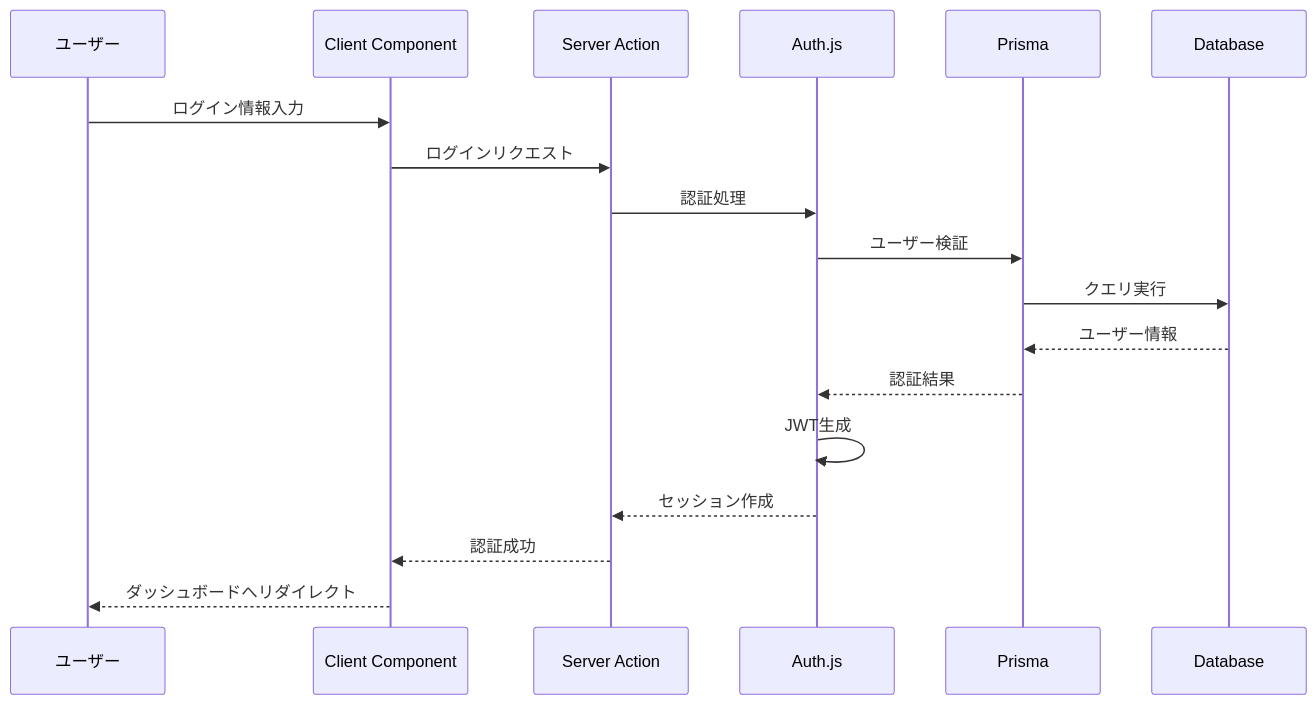
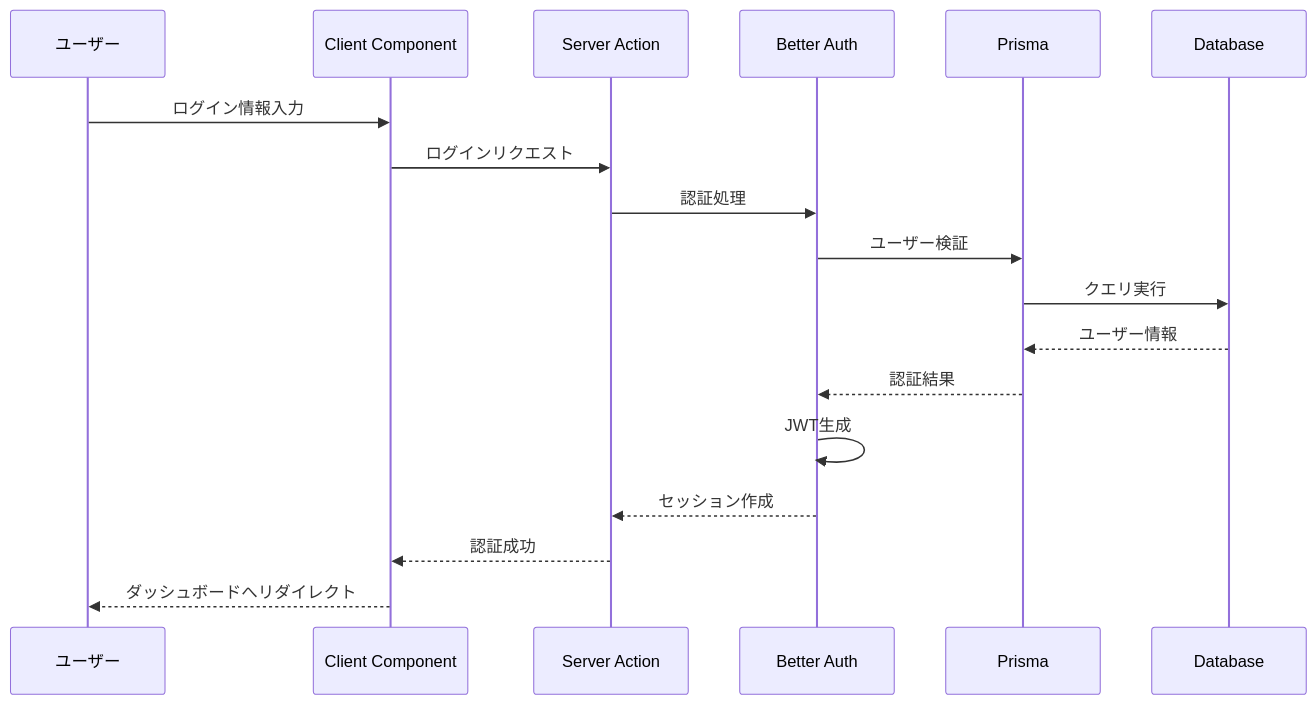
Before and after one commit to y2ikgm89/myrrh-rental-space: the third of 5 diagrams in docs/architecture/ARCHITECTURE.md, drawn with Mermaid. The commit also changed other lines of this file and 10 other files, not shown here.

First line of the commit message:
docs: update Auth.js references to Better Auth across documentation

````diff
--- a/docs/architecture/ARCHITECTURE.md
+++ b/docs/architecture/ARCHITECTURE.md
@@ -111,21 +111,21 @@
 ```mermaid
 sequenceDiagram
     participant User as ユーザー
     participant Client as Client Component
     participant ServerAction as Server Action
-    participant Auth as Auth.js
+    participant Auth as Better Auth
     participant Prisma as Prisma
     participant DB as Database
 
     User->>Client: ログイン情報入力
     Client->>ServerAction: ログインリクエスト
     ServerAction->>Auth: 認証処理
     Auth->>Prisma: ユーザー検証
     Prisma->>DB: クエリ実行
     DB-->>Prisma: ユーザー情報
     Prisma-->>Auth: 認証結果
     Auth->>Auth: JWT生成
     Auth-->>ServerAction: セッション作成
     ServerAction-->>Client: 認証成功
     Client-->>User: ダッシュボードへリダイレクト
 ```
````
